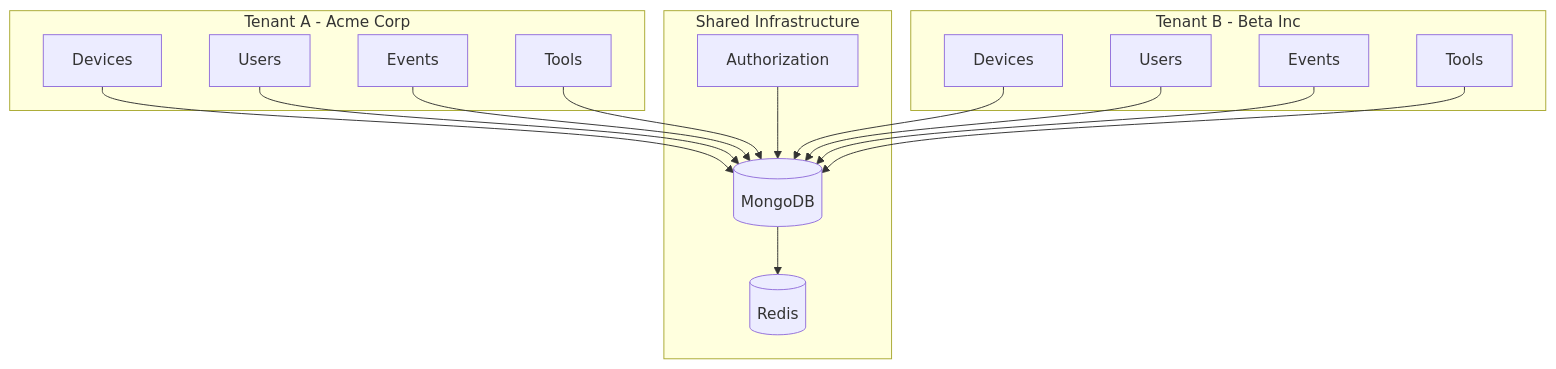
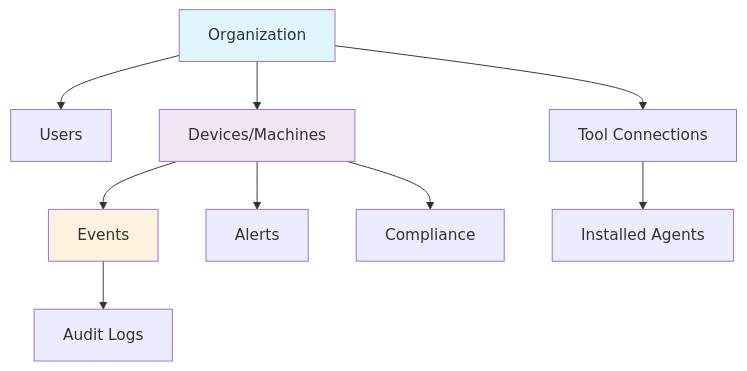
One commit to flamingo-stack/openframe-oss-lib changed the diagram in docs/getting-started/first-steps.md. Above: the diagram before and after it, drawn with Mermaid. The commit also changed other lines of this file and 12 other files, not shown here.

````diff
--- a/docs/getting-started/first-steps.md
+++ b/docs/getting-started/first-steps.md
@@ -11,34 +18,15 @@
 ```mermaid
-graph TB
-    subgraph "Tenant A - Acme Corp"
-        A1[Devices]
-        A2[Users]
-        A3[Events]
-        A4[Tools]
-    end
+graph TD
+    A[Organization] --> B[Users]
+    A --> C[Devices/Machines]
+    A --> D[Tool Connections]
+    C --> E[Events]
+    C --> F[Alerts]
+    C --> G[Compliance]
+    D --> H[Installed Agents]
+    E --> I[Audit Logs]
     
-    subgraph "Tenant B - Beta Inc"
-        B1[Devices]
-        B2[Users] 
-        B3[Events]
-        B4[Tools]
-    end
-    
-    subgraph "Shared Infrastructure"
-        DB[(MongoDB)]
-        CACHE[(Redis)]
-        AUTH[Authorization]
-    end
-    
-    A1 --> DB
-    A2 --> DB
-    A3 --> DB
-    A4 --> DB
-    B1 --> DB
-    B2 --> DB
-    B3 --> DB
-    B4 --> DB
-    
-    DB --> CACHE
-    AUTH --> DB
+    style A fill:#e1f5fe
+    style C fill:#f3e5f5  
+    style E fill:#fff3e0
 ```
````
